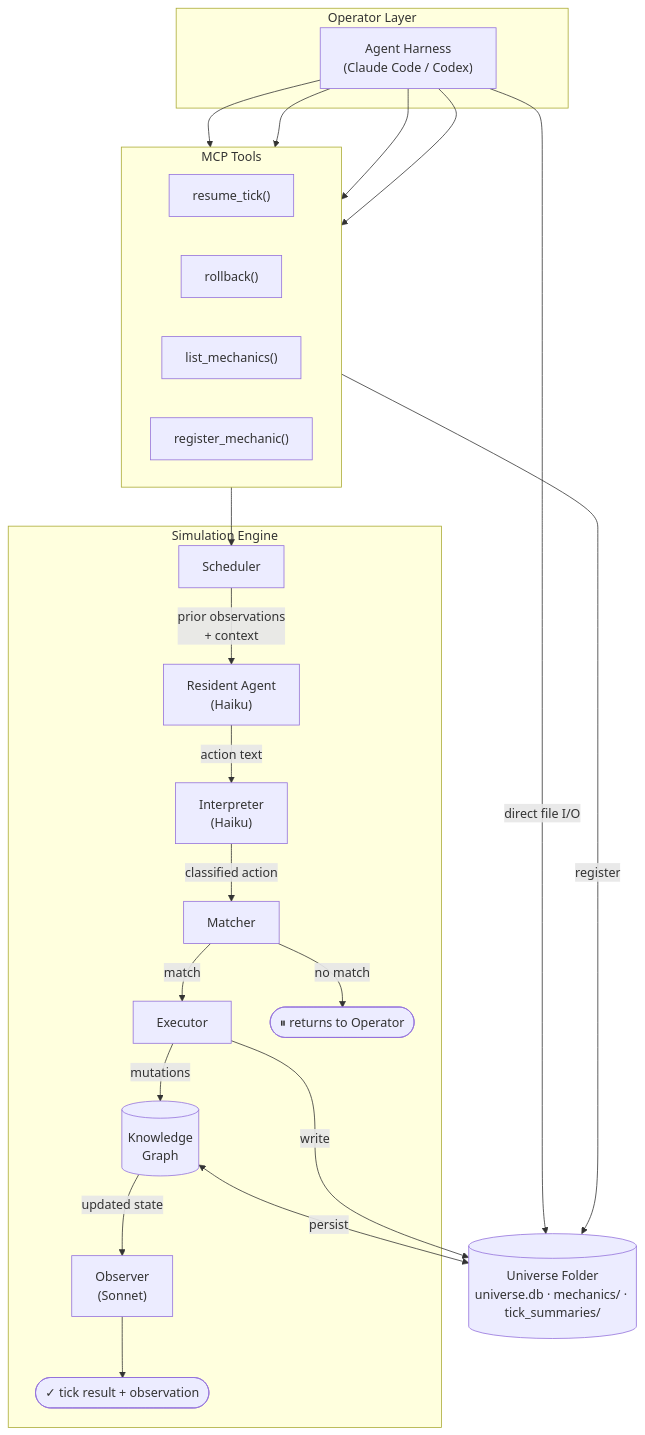
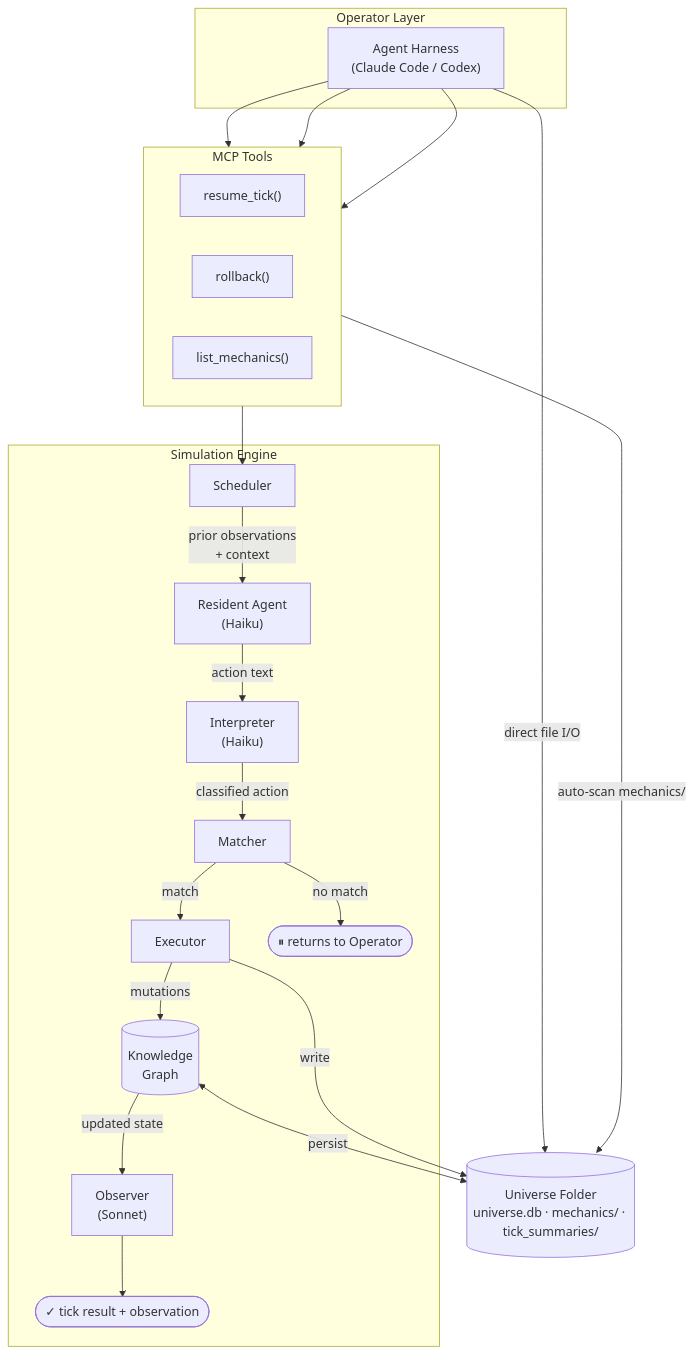
Before and after one commit to reubenjohn/token-world: the first of 3 diagrams in docs/design/architecture.md, drawn with Mermaid. The commit also changed other lines of this file and 10 other files, not shown here.

````diff
--- a/docs/design/architecture.md
+++ b/docs/design/architecture.md
@@ -5,34 +5,33 @@
 ```mermaid
 graph TB
     subgraph OL["Operator Layer"]
         OP["Agent Harness\n(Claude Code / Codex)"]
     end
 
     subgraph MCP["MCP Tools"]
         direction LR
         RT["resume_tick()"]
         RB["rollback()"]
         LM["list_mechanics()"]
-        RM["register_mechanic()"]
     end
 
     subgraph SE["Simulation Engine"]
         SC["Scheduler"] -->|"prior observations\n+ context"| RA["Resident Agent\n(Haiku)"]
         RA -->|"action text"| AI["Interpreter\n(Haiku)"]
         AI -->|"classified action"| MM["Matcher"]
         MM -->|match| ME["Executor"]
         MM -->|no match| PAUSE(["⏸ returns to Operator"])
         ME -->|"mutations"| KG[("Knowledge\nGraph")]
         KG -->|"updated state"| OG["Observer\n(Sonnet)"]
         OG --> DONE(["✓ tick result + observation"])
     end
 
     UF[("Universe Folder\nuniverse.db · mechanics/ · tick_summaries/")]
 
-    OP --> RT & RB & LM & RM
+    OP --> RT & RB & LM
     RT --> SC
-    RM -->|register| UF
+    RT -->|auto-scan mechanics/| UF
     KG <-->|persist| UF
     ME -->|write| UF
     OP -->|"direct file I/O"| UF
 ```
````
